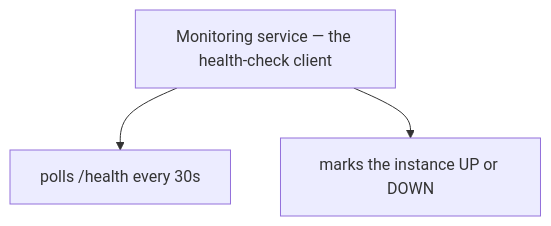
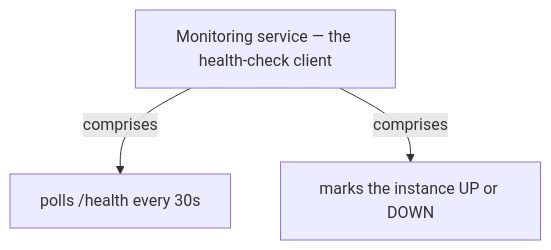
One commit to vinayakuber/microservices-io-study-guide changed the sixth of 13 diagrams in docs/ch35-health-check-api.md. Above: the diagram before and after it, drawn with Mermaid. The commit also changed other lines of this file and 71 other files, not shown here.

First line of the commit message:
R18: label every diagram arrow with its meaning

````diff
--- a/docs/ch35-health-check-api.md
+++ b/docs/ch35-health-check-api.md
@@ -215,6 +215,6 @@
 ```mermaid
 flowchart TD
   R["Monitoring service — the health-check client"]
-  R --> P0["polls /health every 30s"]
-  R --> P1["marks the instance UP or DOWN"]
+  R -->|"comprises"| P0["polls /health every 30s"]
+  R -->|"comprises"| P1["marks the instance UP or DOWN"]
 ```
````
